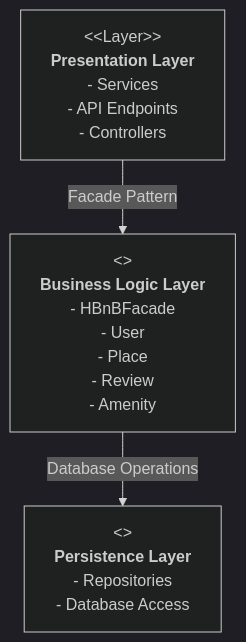
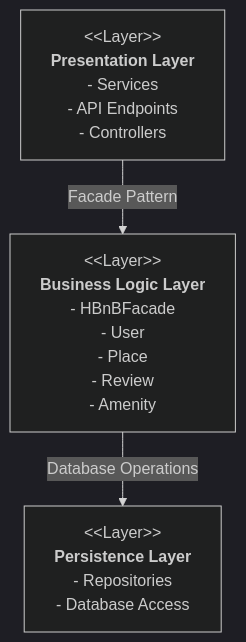
The diagram in part1/High_Level_Package_Diag.md (mnarzaid247-stack/holbertonschool-hbnb), drawn with Mermaid (dark theme) before and after one commit.

````diff
--- a/part1/High_Level_Package_Diag.md
+++ b/part1/High_Level_Package_Diag.md
@@ -2,10 +2,10 @@
 ```mermaid
 flowchart TD
 
 P["&lt;&lt;Layer&gt;&gt;<br/><b>Presentation Layer</b><br/>- Services<br/>- API Endpoints<br/>- Controllers"]
-B["<<Layer>><br/><b>Business Logic Layer</b><br/>- HBnBFacade<br/>- User<br/>- Place<br/>- Review<br/>- Amenity"]
-D["<<Layer>><br/><b>Persistence Layer</b><br/>- Repositories<br/>- Database Access"]
+B["&lt;&lt;Layer&gt;&gt;<br/><b>Business Logic Layer</b><br/>- HBnBFacade<br/>- User<br/>- Place<br/>- Review<br/>- Amenity"]
+D["&lt;&lt;Layer&gt;&gt;<br/><b>Persistence Layer</b><br/>- Repositories<br/>- Database Access"]
 
 P -->|Facade Pattern| B
 B -->|Database Operations| D
 ```
````
